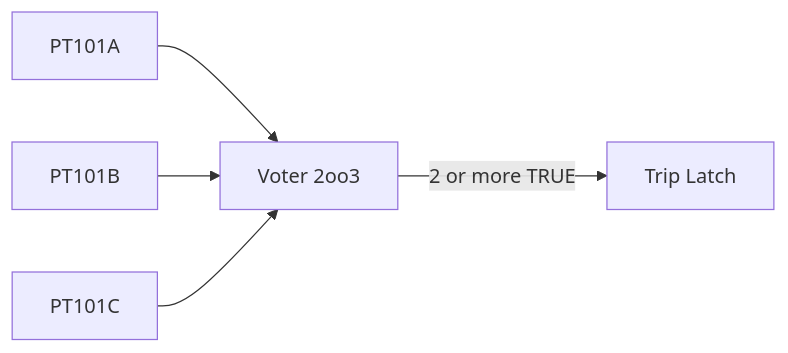
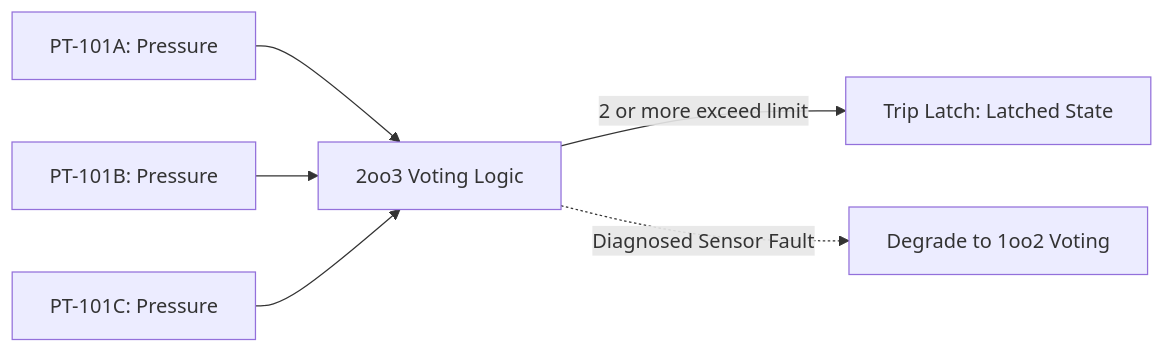
Before and after one commit to kaivyy/nebudcs: the second of 3 diagrams in docs/architecture/protection.md, drawn with Mermaid. The commit also changed other lines of this file and 149 other files, not shown here.

````diff
--- a/docs/architecture/protection.md
+++ b/docs/architecture/protection.md
@@ -73,7 +74,9 @@
 ```mermaid
 graph LR
-    PT101A --> V[Voter 2oo3]
-    PT101B --> V
-    PT101C --> V
-    V -->|2 or more TRUE| Latch[Trip Latch]
+    PT101A[PT-101A: Pressure] --> Voter[2oo3 Voting Logic]
+    PT101B[PT-101B: Pressure] --> Voter
+    PT101C[PT-101C: Pressure] --> Voter
+
+    Voter -->|2 or more exceed limit| Latch[Trip Latch: Latched State]
+    Voter -. Diagnosed Sensor Fault .-> Degrade[Degrade to 1oo2 Voting]
 ```
````
